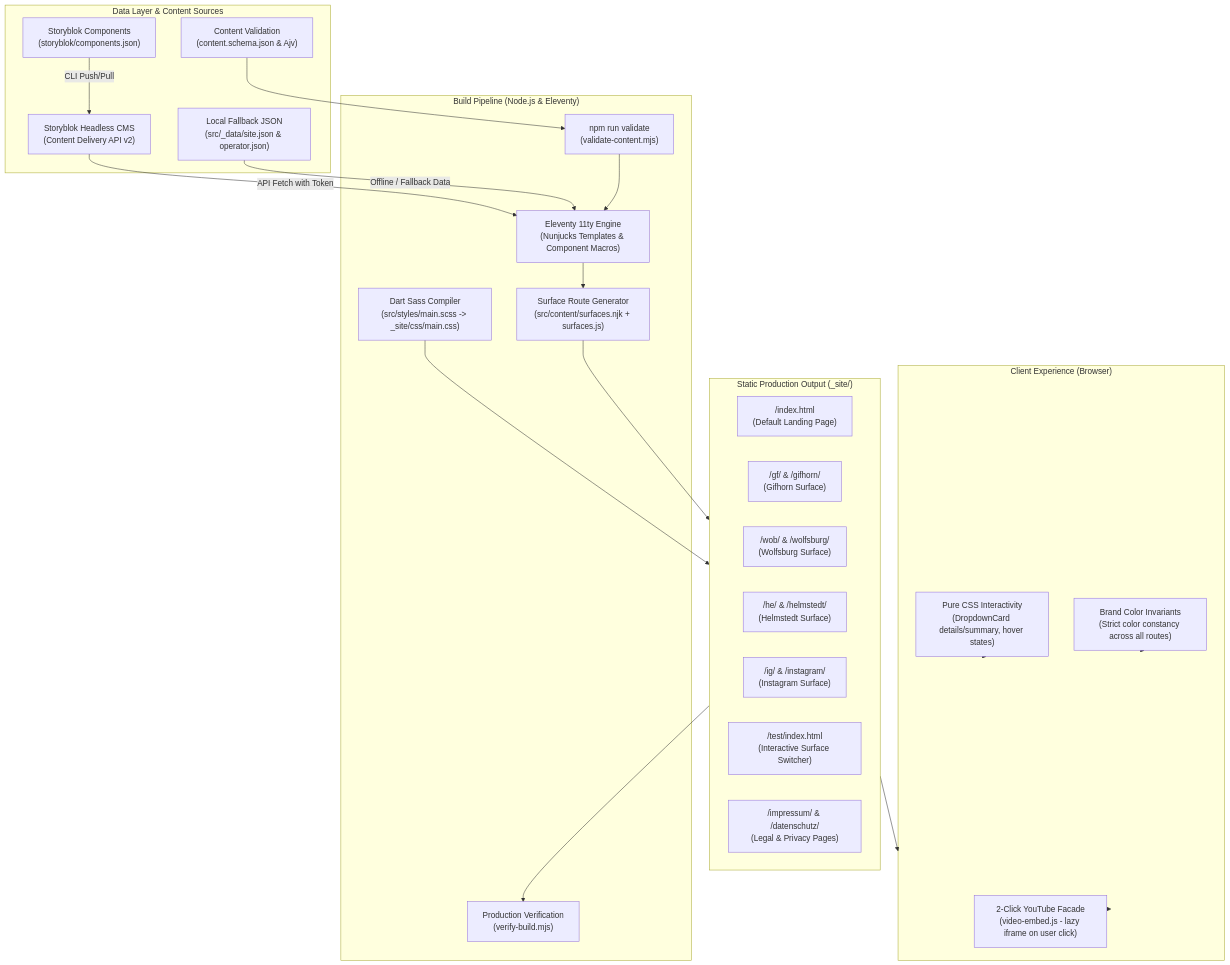
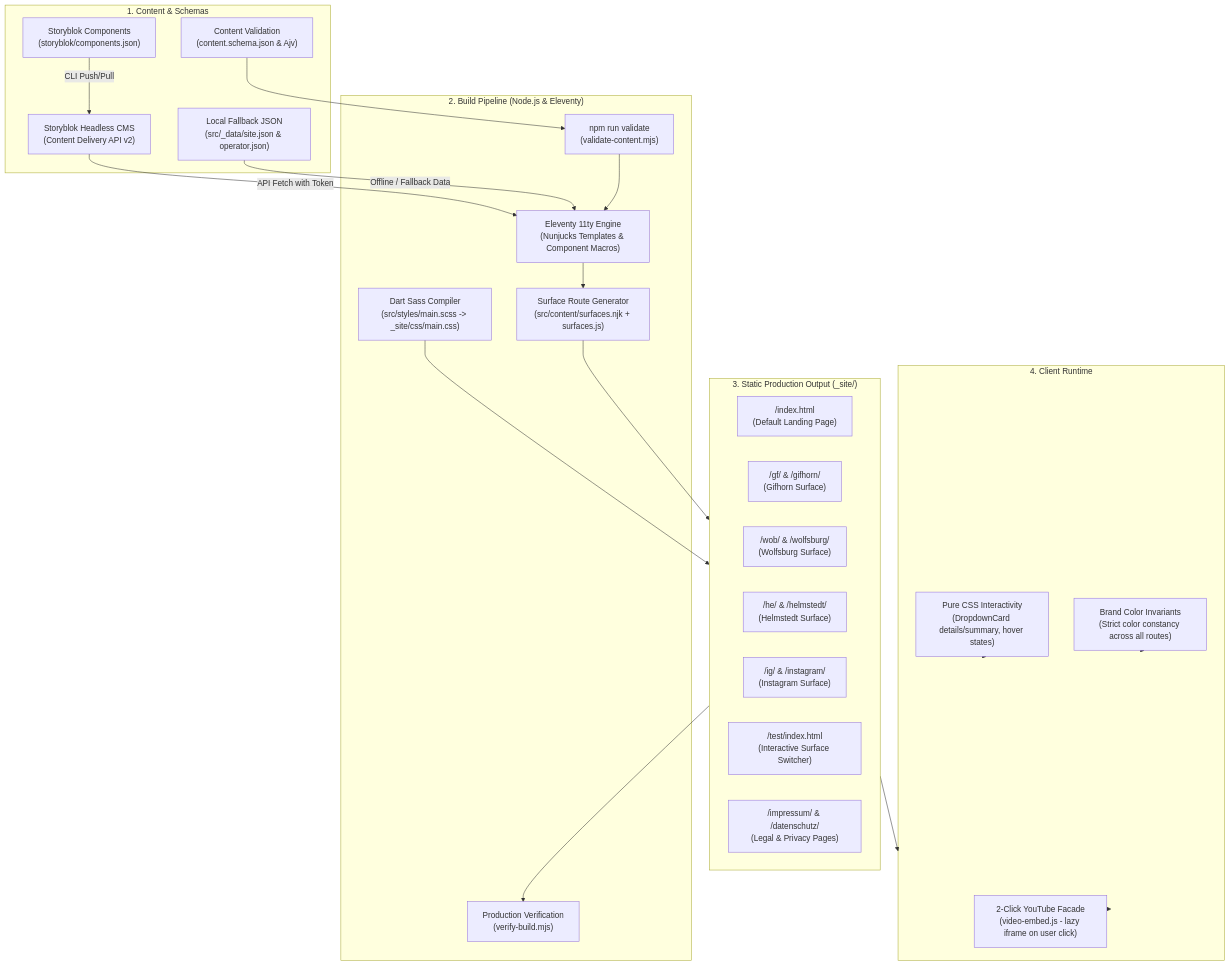
Before and after one commit to Echo-Kirche/link-tree: the diagram in docs/ARCHITECTURE.md, drawn with Mermaid. The commit also changed other lines of this file and 21 other files, not shown here.

````diff
--- a/docs/ARCHITECTURE.md
+++ b/docs/ARCHITECTURE.md
@@ -16,48 +18,48 @@
 ```mermaid
 flowchart TD
-  subgraph DataLayer["Data Layer & Content Sources"]
+  subgraph DataLayer["1. Content & Schemas"]
     SB["Storyblok Headless CMS<br/>(Content Delivery API v2)"]
     Fallback["Local Fallback JSON<br/>(src/_data/site.json & operator.json)"]
     Schema["Content Validation<br/>(content.schema.json & Ajv)"]
     CompSchema["Storyblok Components<br/>(storyblok/components.json)"]
   end
 
-  subgraph BuildPipeline["Build Pipeline (Node.js & Eleventy)"]
+  subgraph BuildPipeline["2. Build Pipeline (Node.js & Eleventy)"]
     Validate["npm run validate<br/>(validate-content.mjs)"]
     Sass["Dart Sass Compiler<br/>(src/styles/main.scss -> _site/css/main.css)"]
     Eleventy["Eleventy 11ty Engine<br/>(Nunjucks Templates & Component Macros)"]
     SurfacesGen["Surface Route Generator<br/>(src/content/surfaces.njk + surfaces.js)"]
     Verify["Production Verification<br/>(verify-build.mjs)"]
   end
 
-  subgraph StaticOutput["Static Production Output (_site/)"]
+  subgraph StaticOutput["3. Static Production Output (_site/)"]
     Home["/index.html<br/>(Default Landing Page)"]
     GF["/gf/ & /gifhorn/<br/>(Gifhorn Surface)"]
     WOB["/wob/ & /wolfsburg/<br/>(Wolfsburg Surface)"]
     HE["/he/ & /helmstedt/<br/>(Helmstedt Surface)"]
     IG["/ig/ & /instagram/<br/>(Instagram Surface)"]
     TestRoute["/test/index.html<br/>(Interactive Surface Switcher)"]
     Legal["/impressum/ & /datenschutz/<br/>(Legal & Privacy Pages)"]
   end
 
-  subgraph ClientRuntime["Client Experience (Browser)"]
+  subgraph ClientRuntime["4. Client Runtime"]
     PureCSS["Pure CSS Interactivity<br/>(DropdownCard details/summary, hover states)"]
     BrandTokens["Brand Color Invariants<br/>(Strict color constancy across all routes)"]
     VideoFacade["2-Click YouTube Facade<br/>(video-embed.js - lazy iframe on user click)"]
   end
 
   SB -->|API Fetch with Token| Eleventy
   Fallback -->|Offline / Fallback Data| Eleventy
   Schema --> Validate
   CompSchema -->|CLI Push/Pull| SB
   Validate --> Eleventy
   Sass --> StaticOutput
   Eleventy --> SurfacesGen
   SurfacesGen --> StaticOutput
   StaticOutput --> Verify
 
   StaticOutput --> ClientRuntime
   PureCSS --> ClientRuntime
   BrandTokens --> ClientRuntime
   VideoFacade --> ClientRuntime
 ```
````
